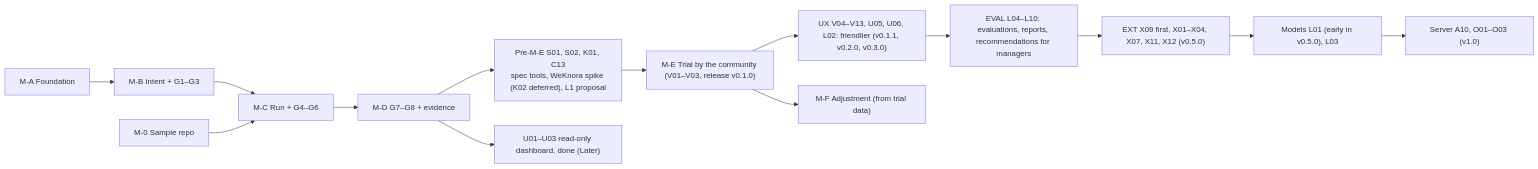
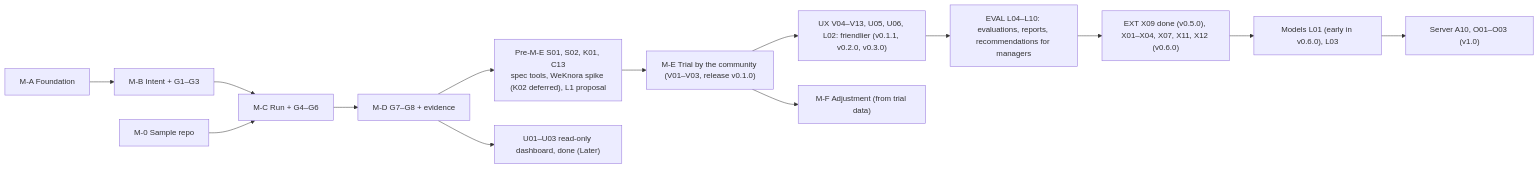
One commit to hoanghainh1188/agentic-sdlc-framework changed the diagram in design/D-08-mvp-backlog.md. Above: the diagram before and after it, drawn with Mermaid. The commit also changed other lines of this file and 6 other files, not shown here.

````diff
--- a/design/D-08-mvp-backlog.md
+++ b/design/D-08-mvp-backlog.md
@@ -58,16 +58,16 @@
 ```mermaid
 flowchart LR
     MA["M-A Foundation"] --> MB["M-B Intent + G1–G3"]
     MB --> MC["M-C Run + G4–G6"]
     M0["M-0 Sample repo"] --> MC
     MC --> MD["M-D G7–G8 + evidence"]
     MD --> MP["Pre-M-E S01, S02, K01, C13<br/>spec tools, WeKnora spike (K02 deferred), L1 proposal"]
     MP --> ME["M-E Trial by the community (V01–V03, release v0.1.0)"]
     ME --> UX["UX V04–V13, U05, U06, L02: friendlier (v0.1.1, v0.2.0, v0.3.0)"]
     UX --> EV["EVAL L04–L10: evaluations, reports, recommendations for managers"]
-    EV --> EXT["EXT X09 first, X01–X04, X07, X11, X12 (v0.5.0)"]
-    EXT --> MO["Models L01 (early in v0.5.0), L03"]
+    EV --> EXT["EXT X09 done (v0.5.0), X01–X04, X07, X11, X12 (v0.6.0)"]
+    EXT --> MO["Models L01 (early in v0.6.0), L03"]
     MO --> SV["Server A10, O01–O03 (v1.0)"]
     ME --> MF["M-F Adjustment (from trial data)"]
     MD --> MU["U01–U03 read-only dashboard, done (Later)"]
 ```
````
